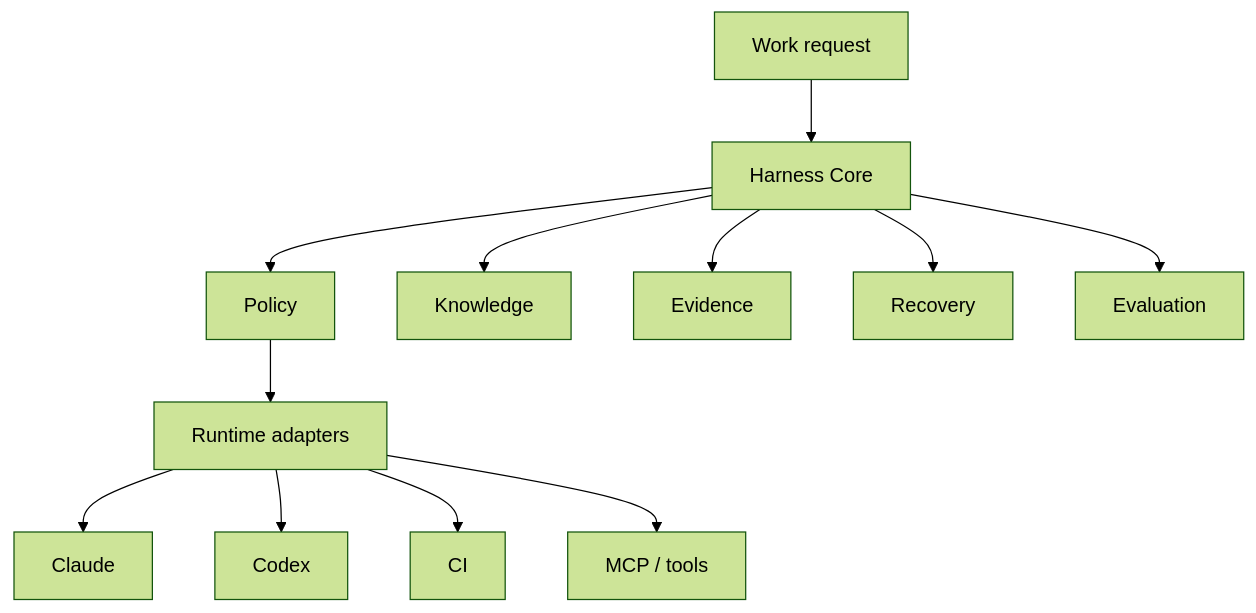
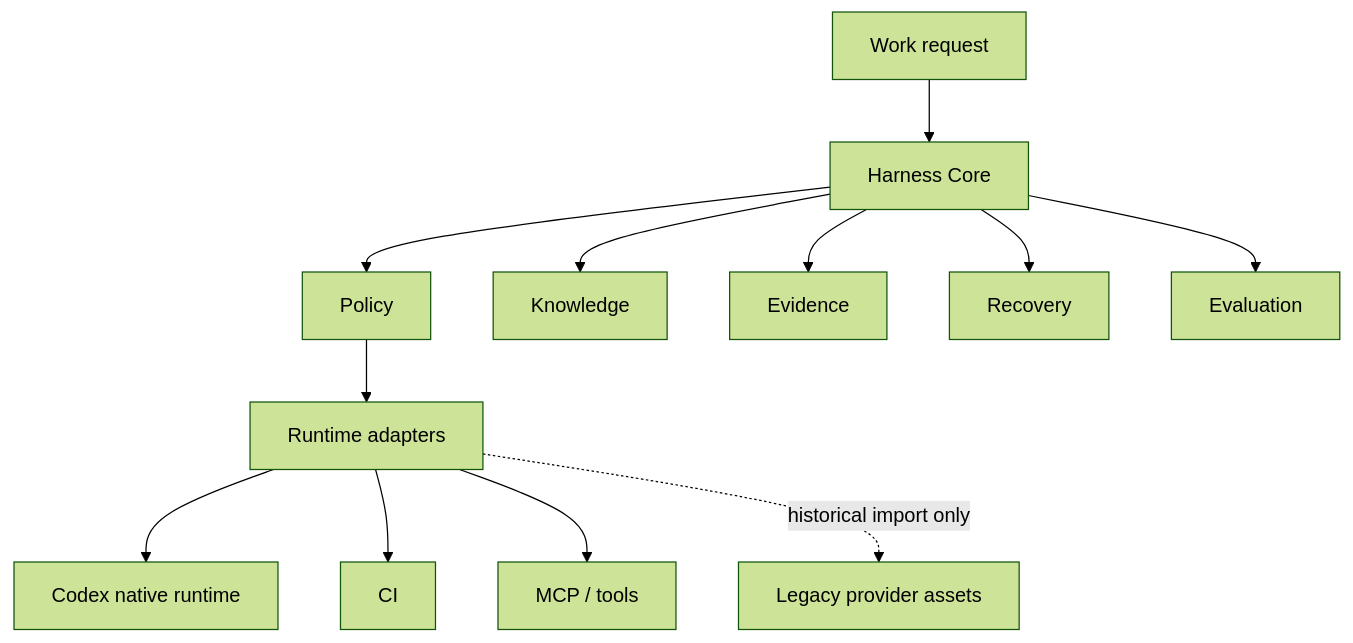
The diagram in standards/provider-neutral-ai-coding-harness-standard.md (rhettZeng107/engineering-standards), drawn with Mermaid (forest theme) before and after one commit. The commit also changed other lines of this file and 14 other files, not shown here.

````diff
--- a/standards/provider-neutral-ai-coding-harness-standard.md
+++ b/standards/provider-neutral-ai-coding-harness-standard.md
@@ -23,15 +23,15 @@
 ```mermaid
 flowchart TD
   A["Work request"] --> B["Harness Core"]
   B --> C["Policy"]
   B --> D["Knowledge"]
   B --> E["Evidence"]
   B --> F["Recovery"]
   B --> G["Evaluation"]
 
   C --> H["Runtime adapters"]
-  H --> I["Claude"]
-  H --> J["Codex"]
-  H --> K["CI"]
-  H --> L["MCP / tools"]
+  H --> I["Codex native runtime"]
+  H --> J["CI"]
+  H --> K["MCP / tools"]
+  H -. historical import only .-> L["Legacy provider assets"]
 ```
````
